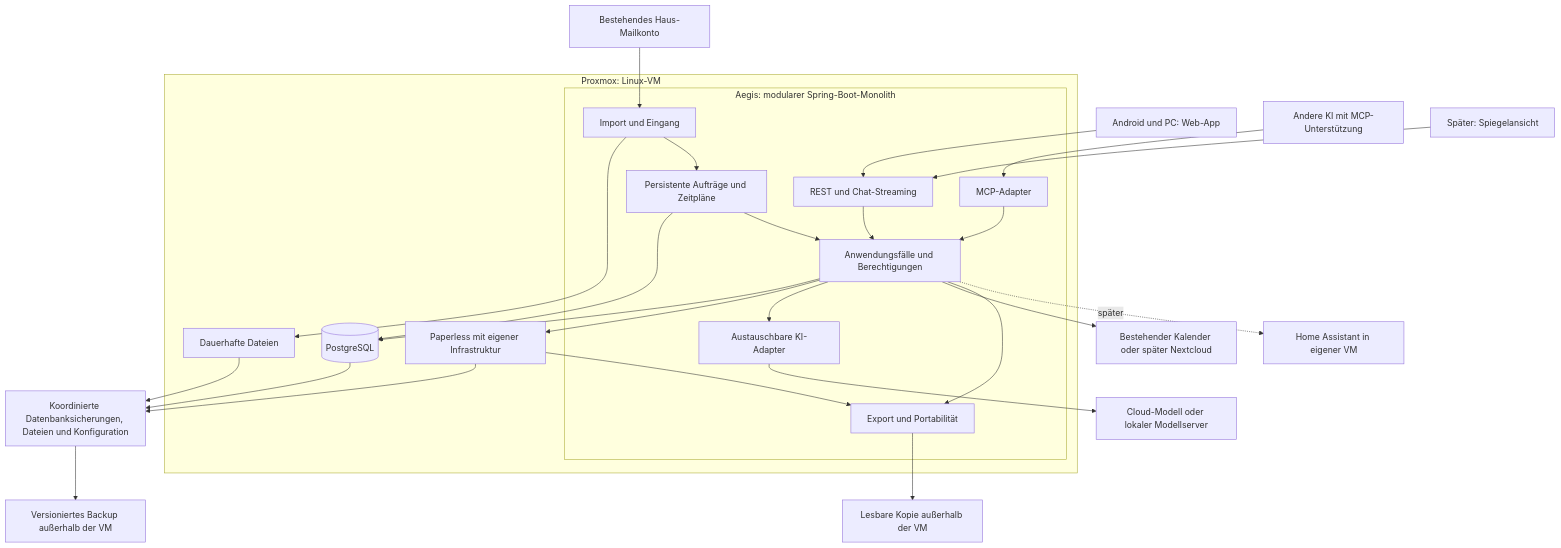
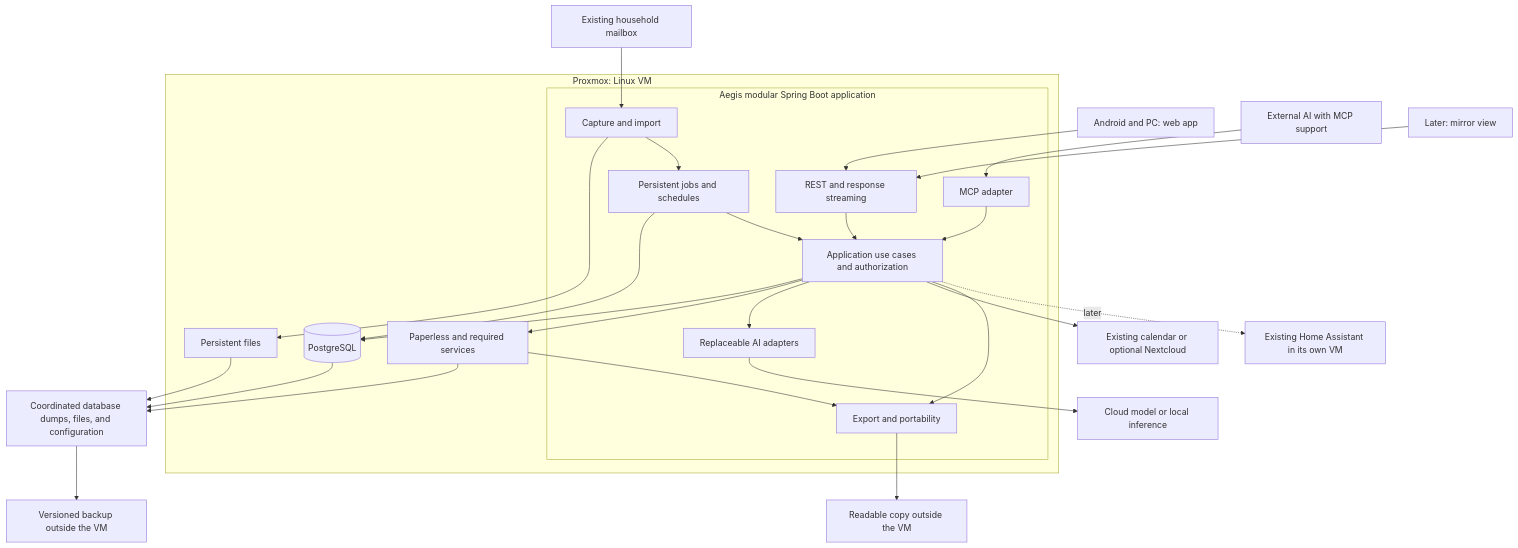
The diagram in ROADMAP.md (CedricSchmitter/Aegis), drawn with Mermaid before and after one commit. The commit also changed other lines of this file and 6 other files, not shown here.

Commit message:
Define shared agent rules and DDD architecture foundations

````diff
--- a/ROADMAP.md
+++ b/ROADMAP.md
@@ -42,42 +46,40 @@
 ```mermaid
 flowchart TB
-    Phone["Android und PC: Web-App"] --> API
-    Mail["Bestehendes Haus-Mailkonto"] --> Inbox
-    OtherAI["Andere KI mit MCP-Unterstützung"] --> MCP
-    Mirror["Später: Spiegelansicht"] --> API
-
-    subgraph VM["Proxmox: Linux-VM"]
-        subgraph Spring["Aegis: modularer Spring-Boot-Monolith"]
-            API["REST und Chat-Streaming"]
-            MCP["MCP-Adapter"]
-            Core["Anwendungsfälle und Berechtigungen"]
-            Inbox["Import und Eingang"]
-            Jobs["Persistente Aufträge und Zeitpläne"]
-            AI["Austauschbare KI-Adapter"]
-            Export["Export und Portabilität"]
+    Phone["Android and PC: web app"] --> API
+    Mail["Existing household mailbox"] --> Inbox
+    OtherAI["External AI with MCP support"] --> MCP
+    Mirror["Later: mirror view"] --> API
+    subgraph VM["Proxmox: Linux VM"]
+        subgraph Spring["Aegis modular Spring Boot application"]
+            API["REST and response streaming"]
+            MCP["MCP adapter"]
+            Core["Application use cases and authorization"]
+            Inbox["Capture and import"]
+            Jobs["Persistent jobs and schedules"]
+            AI["Replaceable AI adapters"]
+            Export["Export and portability"]
         end
         PG[("PostgreSQL")]
-        Files["Dauerhafte Dateien"]
-        Paperless["Paperless mit eigener Infrastruktur"]
+        Files["Persistent files"]
+        Paperless["Paperless and required services"]
     end
-
     API --> Core
     MCP --> Core
     Inbox --> Files
     Inbox --> Jobs
     Core --> PG
     Jobs --> PG
     Jobs --> Core
     Core --> Paperless
     Core --> AI
-    Core --> Calendar["Bestehender Kalender oder später Nextcloud"]
-    AI --> Model["Cloud-Modell oder lokaler Modellserver"]
+    Core --> Calendar["Existing calendar or optional Nextcloud"]
+    AI --> Model["Cloud model or local inference"]
     Core --> Export
     Paperless --> Export
-    Export --> Copy["Lesbare Kopie außerhalb der VM"]
-    PG --> Consistent["Koordinierte Datenbanksicherungen, Dateien und Konfiguration"]
+    Export --> Copy["Readable copy outside the VM"]
+    PG --> Consistent["Coordinated database dumps, files, and configuration"]
     Files --> Consistent
     Paperless --> Consistent
-    Consistent --> Backup["Versioniertes Backup außerhalb der VM"]
-    Core -. später .-> HA["Home Assistant in eigener VM"]
+    Consistent --> Backup["Versioned backup outside the VM"]
+    Core -. later .-> HA["Existing Home Assistant in its own VM"]
 ```
````
